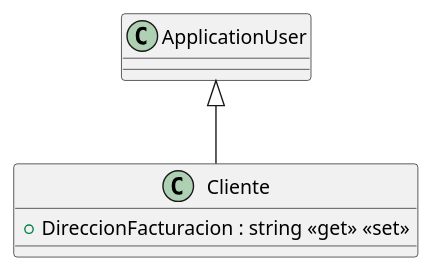
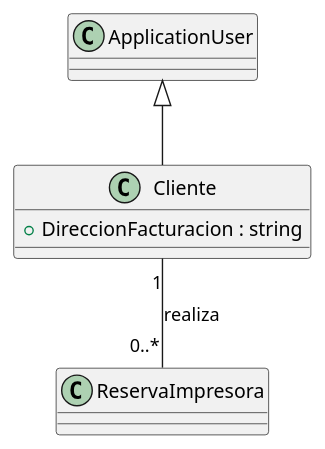
Before and after one commit to ISIIA2627DAKOI9SE/ISIIA2627DAKOI9SE: the diagram in src/AppForSEII.API/ClassDiagram/Cliente.puml, drawn with PlantUML. The commit also changed 5 other files, not shown here.

Commit message:
fix(classDiagram):Se han corregido relaciones y cardinalidades del UC Reservar Impresoras 3D

```diff
--- a/src/AppForSEII.API/ClassDiagram/Cliente.puml
+++ b/src/AppForSEII.API/ClassDiagram/Cliente.puml
@@ -1,9 +1,11 @@
 @startuml
 
 class Cliente {
-    + DireccionFacturacion : string <<get>> <<set>>
+    + DireccionFacturacion : string
 }
 
 ApplicationUser <|-- Cliente
 
+Cliente "1" -- "0..*" ReservaImpresora : realiza
+
 @enduml
```
